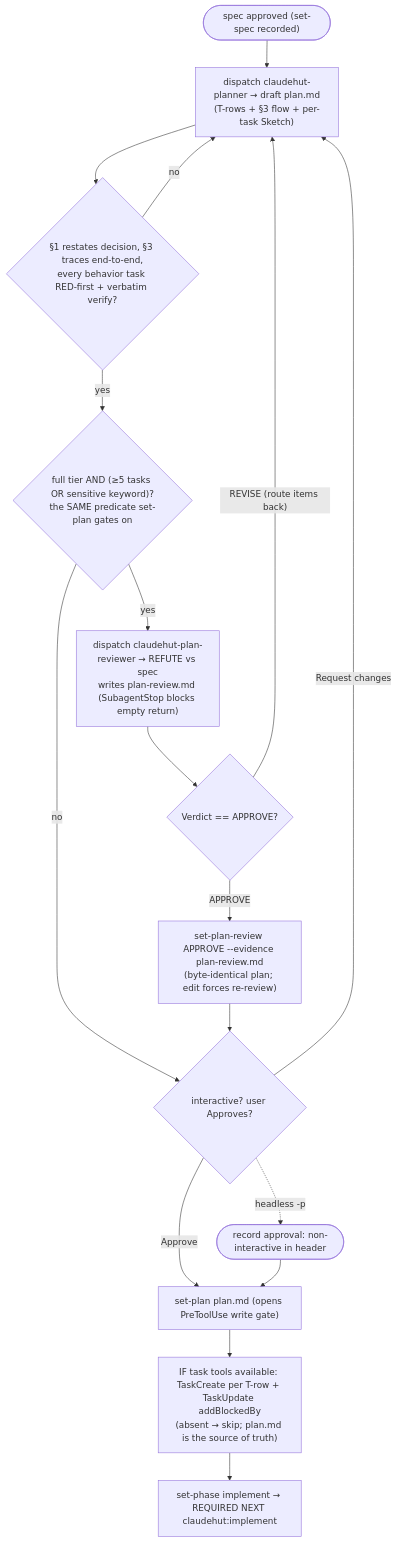
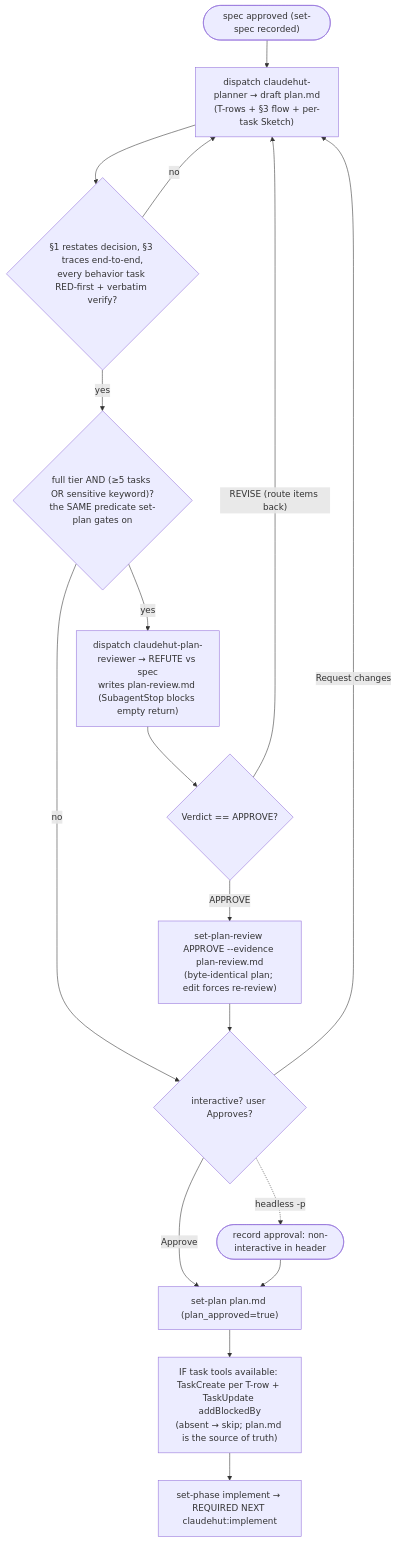
One commit to taipt1504/claudehut changed the diagram in skills/write-plan/SKILL.md. Above: the diagram before and after it, drawn with Mermaid. The commit also changed other lines of this file and 75 other files, not shown here.

````diff
--- a/skills/write-plan/SKILL.md
+++ b/skills/write-plan/SKILL.md
@@ -14,19 +14,19 @@
 ```mermaid
 flowchart TB
     s(["spec approved (set-spec recorded)"]) --> draft["dispatch claudehut-planner → draft plan.md<br/>(T-rows + §3 flow + per-task Sketch)"]
     draft --> check{"§1 restates decision, §3 traces end-to-end,<br/>every behavior task RED-first + verbatim verify?"}
     check -- "no" --> draft
     check -- "yes" --> smart{"full tier AND (≥5 tasks OR sensitive keyword)?<br/>the SAME predicate set-plan gates on"}
     smart -- "no" --> ask
     smart -- "yes" --> rev["dispatch claudehut-plan-reviewer → REFUTE vs spec<br/>writes plan-review.md (SubagentStop blocks empty return)"]
     rev --> verdict{"Verdict == APPROVE?"}
     verdict -- "REVISE (route items back)" --> draft
     verdict -- "APPROVE" --> record["set-plan-review APPROVE --evidence plan-review.md<br/>(byte-identical plan; edit forces re-review)"]
     record --> ask{"interactive? user Approves?"}
     ask -- "Request changes" --> draft
     ask -. "headless -p" .-> bypass(["record approval: non-interactive in header"])
-    ask -- "Approve" --> setplan["set-plan plan.md (opens PreToolUse write gate)"]
+    ask -- "Approve" --> setplan["set-plan plan.md (plan_approved=true)"]
     bypass --> setplan
     setplan --> mirror["IF task tools available: TaskCreate per T-row + TaskUpdate addBlockedBy<br/>(absent → skip; plan.md is the source of truth)"]
     mirror --> phase["set-phase implement → REQUIRED NEXT claudehut:implement"]
 ```
````
